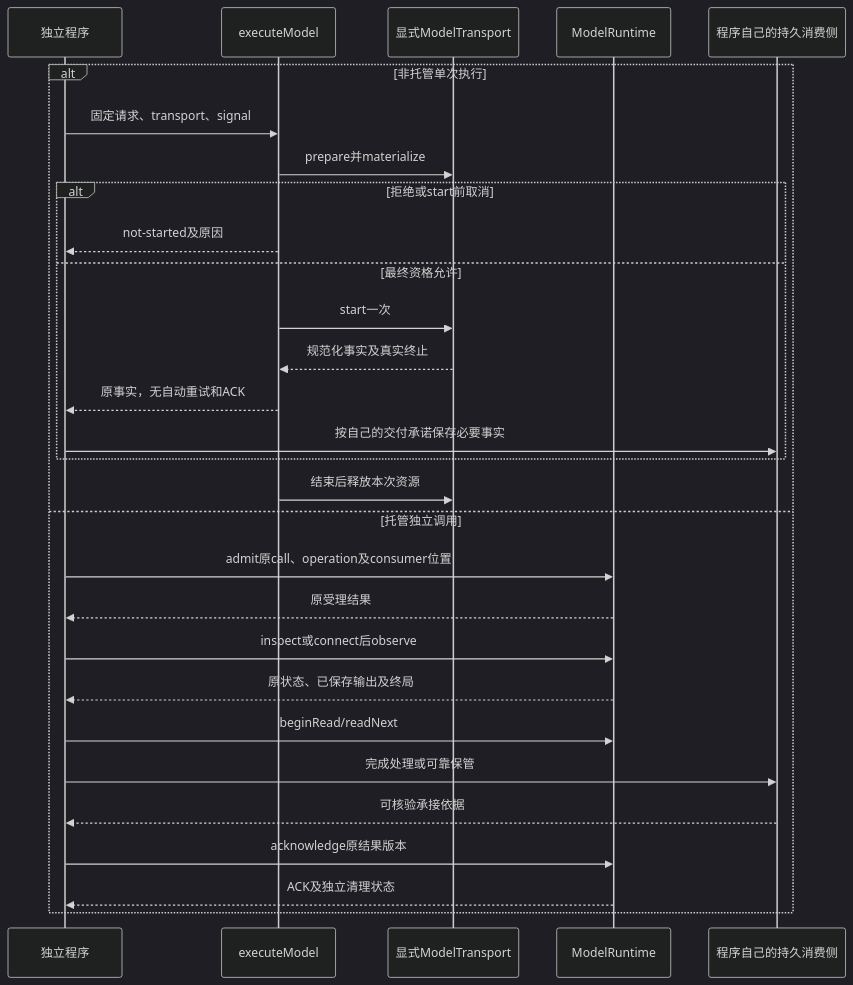
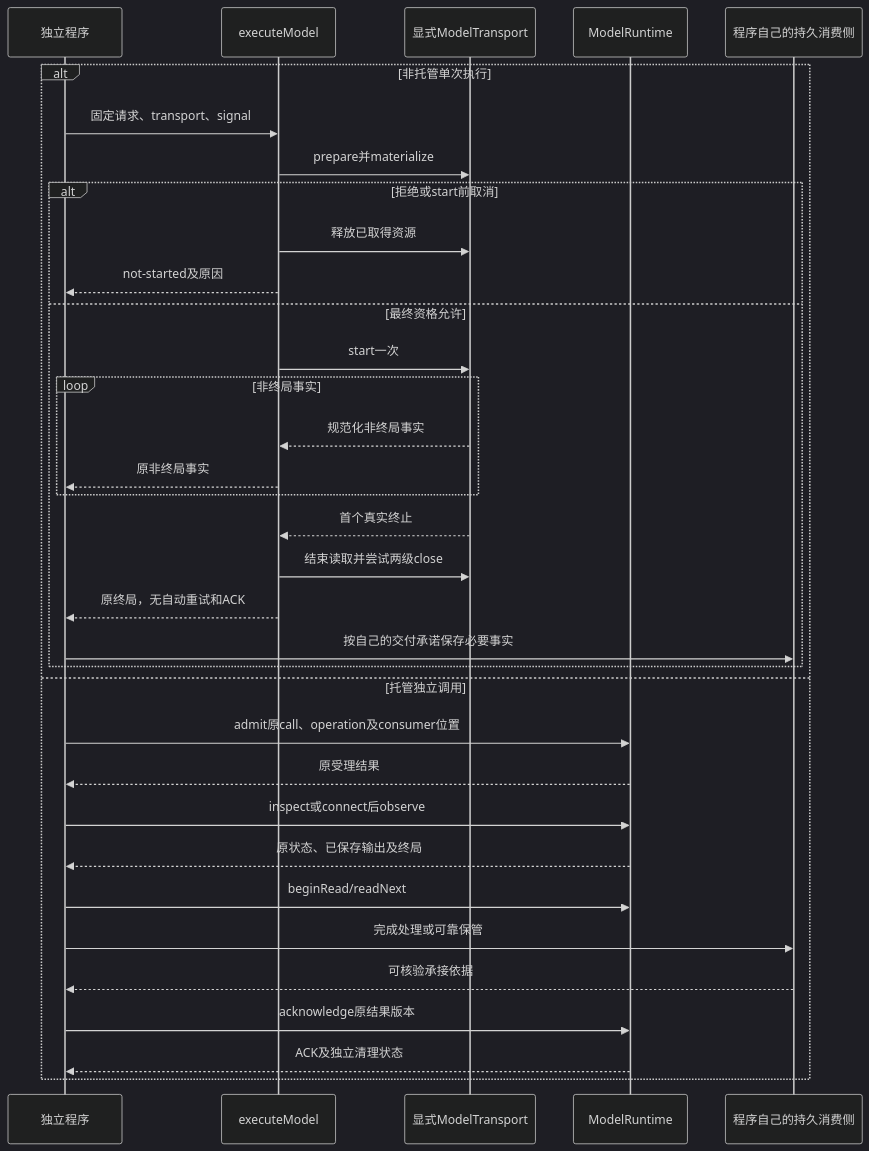
Before and after one commit to nemori-ai/omne-harness-lite: the ninth of 16 diagrams in packages/model/model/docs/flows.md, drawn with Mermaid (dark theme). The commit also changed other lines of this file and 20 other files, not shown here.

````diff
--- a/packages/model/model/docs/flows.md
+++ b/packages/model/model/docs/flows.md
@@ -408,31 +410,36 @@
 ```mermaid
 sequenceDiagram
   participant C as 独立程序
   participant E as executeModel
   participant T as 显式ModelTransport
   participant R as ModelRuntime
   participant S as 程序自己的持久消费侧
   alt 非托管单次执行
     C->>E: 固定请求、transport、signal
     E->>T: prepare并materialize
     alt 拒绝或start前取消
+      E->>T: 释放已取得资源
       E-->>C: not-started及原因
     else 最终资格允许
       E->>T: start一次
-      T-->>E: 规范化事实及真实终止
-      E-->>C: 原事实，无自动重试和ACK
+      loop 非终局事实
+        T-->>E: 规范化非终局事实
+        E-->>C: 原非终局事实
+      end
+      T-->>E: 首个真实终止
+      E->>T: 结束读取并尝试两级close
+      E-->>C: 原终局，无自动重试和ACK
       C->>S: 按自己的交付承诺保存必要事实
     end
-    E->>T: 结束后释放本次资源
   else 托管独立调用
     C->>R: admit原call、operation及consumer位置
     R-->>C: 原受理结果
     C->>R: inspect或connect后observe
     R-->>C: 原状态、已保存输出及终局
     C->>R: beginRead/readNext
     C->>S: 完成处理或可靠保管
     S-->>C: 可核验承接依据
     C->>R: acknowledge原结果版本
     R-->>C: ACK及独立清理状态
   end
 ```
````
